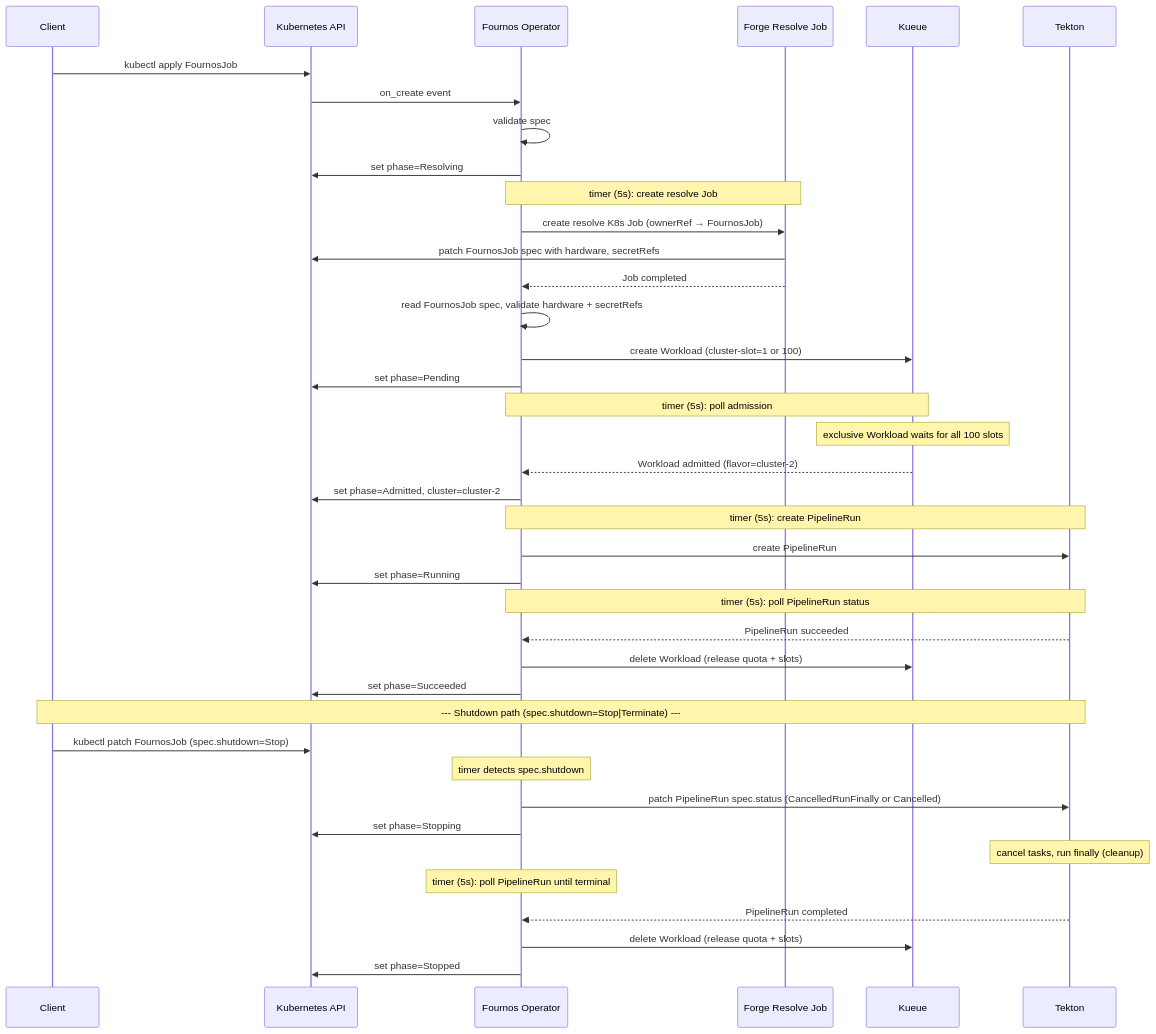
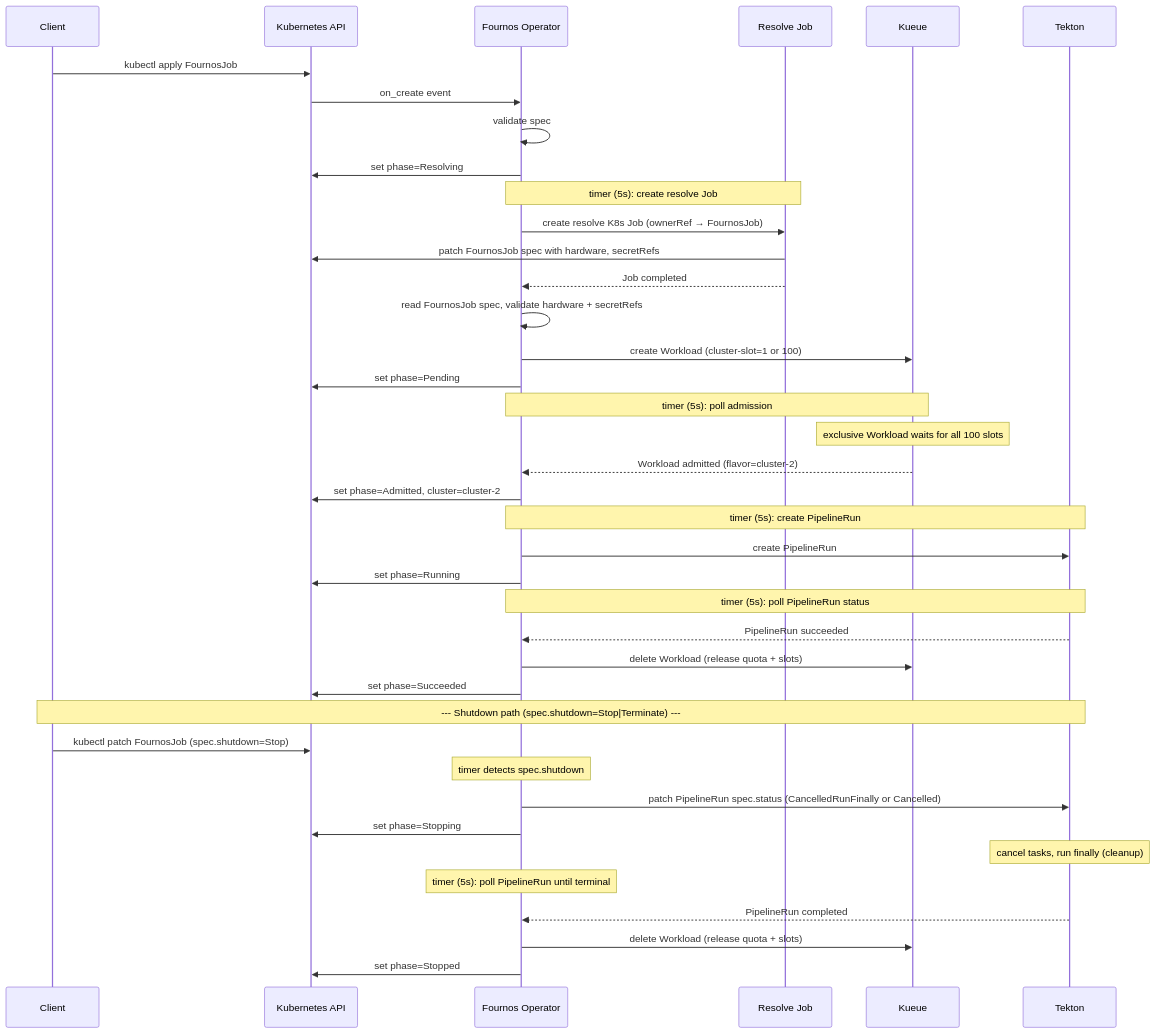
Before and after one commit to openshift-psap/fournos: the second of 2 diagrams in Fournos_Design_Document.md, drawn with Mermaid. The commit also changed other lines of this file and 2 other files, not shown here.

````diff
--- a/Fournos_Design_Document.md
+++ b/Fournos_Design_Document.md
@@ -148,48 +151,48 @@
 ```mermaid
 sequenceDiagram
     participant Client
     participant K8sAPI as Kubernetes API
     participant Operator as Fournos Operator
-    participant Forge as Forge Resolve Job
+    participant Resolve as Resolve Job
     participant Kueue
     participant Tekton
 
     Client->>K8sAPI: kubectl apply FournosJob
     K8sAPI->>Operator: on_create event
     Operator->>Operator: validate spec
     Operator->>K8sAPI: set phase=Resolving
 
-    Note over Operator,Forge: timer (5s): create resolve Job
-    Operator->>Forge: create resolve K8s Job (ownerRef → FournosJob)
-    Forge->>K8sAPI: patch FournosJob spec with hardware, secretRefs
-    Forge-->>Operator: Job completed
+    Note over Operator,Resolve: timer (5s): create resolve Job
+    Operator->>Resolve: create resolve K8s Job (ownerRef → FournosJob)
+    Resolve->>K8sAPI: patch FournosJob spec with hardware, secretRefs
+    Resolve-->>Operator: Job completed
     Operator->>Operator: read FournosJob spec, validate hardware + secretRefs
 
     Operator->>Kueue: create Workload (cluster-slot=1 or 100)
     Operator->>K8sAPI: set phase=Pending
 
     Note over Operator,Kueue: timer (5s): poll admission
     Note over Kueue: exclusive Workload waits for all 100 slots
     Kueue-->>Operator: Workload admitted (flavor=cluster-2)
     Operator->>K8sAPI: set phase=Admitted, cluster=cluster-2
 
     Note over Operator,Tekton: timer (5s): create PipelineRun
     Operator->>Tekton: create PipelineRun
     Operator->>K8sAPI: set phase=Running
 
     Note over Operator,Tekton: timer (5s): poll PipelineRun status
     Tekton-->>Operator: PipelineRun succeeded
     Operator->>Kueue: delete Workload (release quota + slots)
     Operator->>K8sAPI: set phase=Succeeded
 
     Note over Client,Tekton: --- Shutdown path (spec.shutdown=Stop|Terminate) ---
     Client->>K8sAPI: kubectl patch FournosJob (spec.shutdown=Stop)
     Note over Operator: timer detects spec.shutdown
     Operator->>Tekton: patch PipelineRun spec.status (CancelledRunFinally or Cancelled)
     Operator->>K8sAPI: set phase=Stopping
     Note over Tekton: cancel tasks, run finally (cleanup)
     Note over Operator: timer (5s): poll PipelineRun until terminal
     Tekton-->>Operator: PipelineRun completed
     Operator->>Kueue: delete Workload (release quota + slots)
     Operator->>K8sAPI: set phase=Stopped
 ```
````
